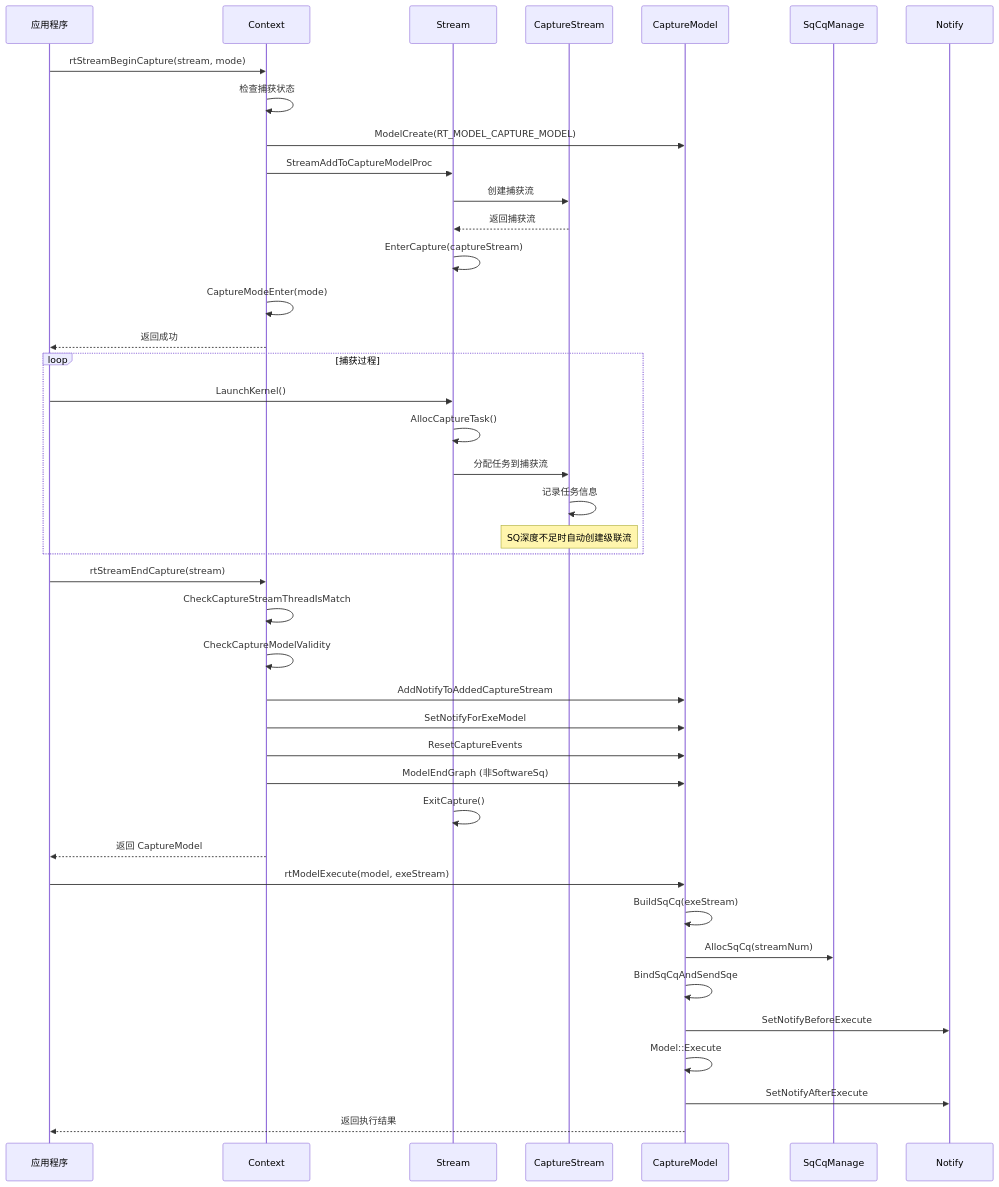
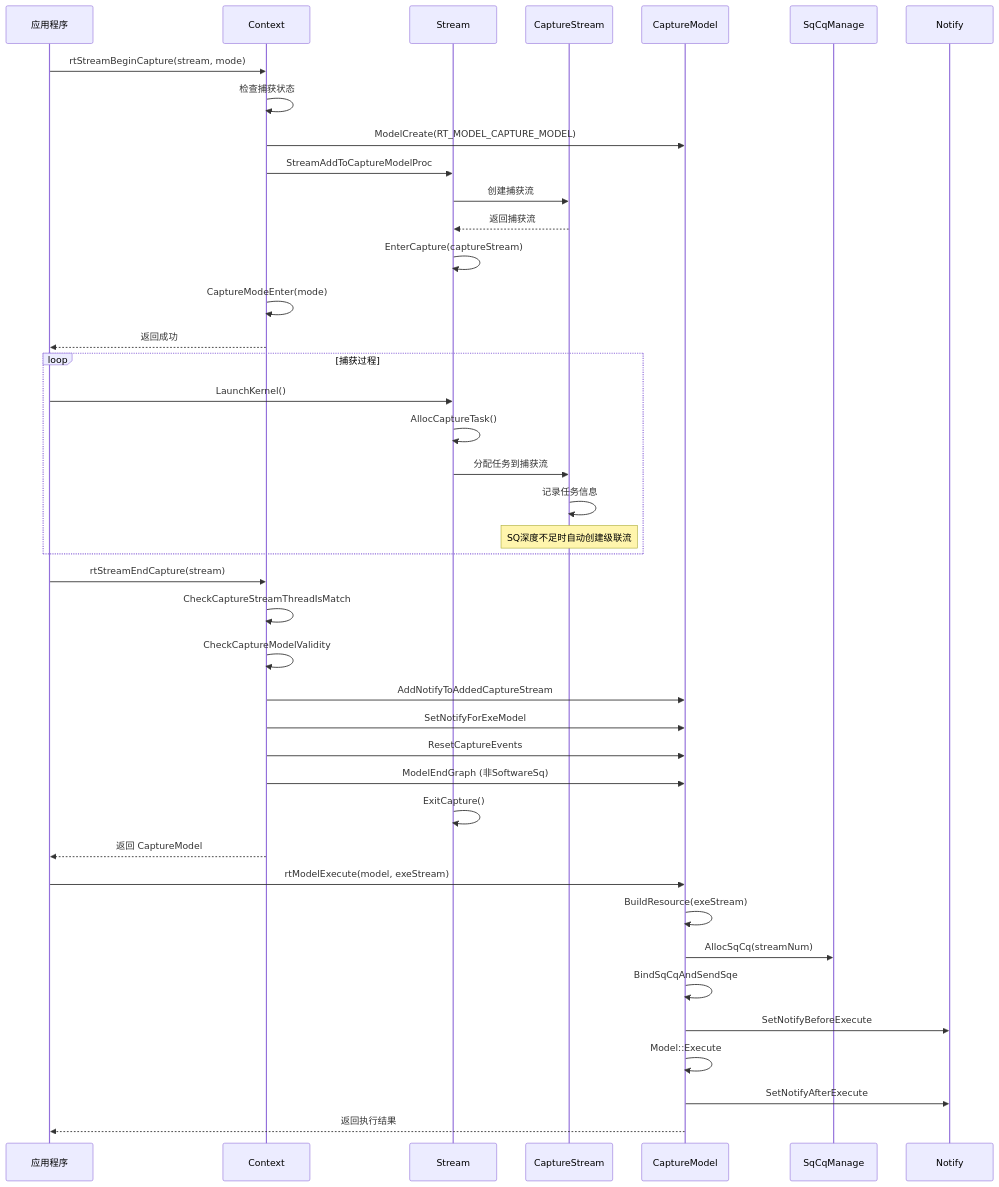
One commit to 18liumin/runtime changed the second of 9 diagrams in docs/design/features/aclgraph.md. Above: the diagram before and after it, drawn with Mermaid. The commit also changed other lines of this file and 66 other files, not shown here.

````diff
--- a/docs/design/features/aclgraph.md
+++ b/docs/design/features/aclgraph.md
@@ -189,47 +189,47 @@
 ```mermaid
 sequenceDiagram
     participant App as 应用程序
     participant Context as Context
     participant Stream as Stream
     participant CaptureStream as CaptureStream
     participant CaptureModel as CaptureModel
     participant SqCq as SqCqManage
     participant Notify as Notify
 
     App->>Context: rtStreamBeginCapture(stream, mode)
     Context->>Context: 检查捕获状态
     Context->>CaptureModel: ModelCreate(RT_MODEL_CAPTURE_MODEL)
     Context->>Stream: StreamAddToCaptureModelProc
     Stream->>CaptureStream: 创建捕获流
     CaptureStream-->>Stream: 返回捕获流
     Stream->>Stream: EnterCapture(captureStream)
     Context->>Context: CaptureModeEnter(mode)
     Context-->>App: 返回成功
 
     loop 捕获过程
         App->>Stream: LaunchKernel()
         Stream->>Stream: AllocCaptureTask()
         Stream->>CaptureStream: 分配任务到捕获流
         CaptureStream->>CaptureStream: 记录任务信息
         Note over CaptureStream: SQ深度不足时自动创建级联流
     end
 
     App->>Context: rtStreamEndCapture(stream)
     Context->>Context: CheckCaptureStreamThreadIsMatch
     Context->>Context: CheckCaptureModelValidity
     Context->>CaptureModel: AddNotifyToAddedCaptureStream
     Context->>CaptureModel: SetNotifyForExeModel
     Context->>CaptureModel: ResetCaptureEvents
     Context->>CaptureModel: ModelEndGraph (非SoftwareSq)
     Stream->>Stream: ExitCapture()
     Context-->>App: 返回 CaptureModel
 
     App->>CaptureModel: rtModelExecute(model, exeStream)
-    CaptureModel->>CaptureModel: BuildSqCq(exeStream)
+    CaptureModel->>CaptureModel: BuildResource(exeStream)
     CaptureModel->>SqCq: AllocSqCq(streamNum)
     CaptureModel->>CaptureModel: BindSqCqAndSendSqe
     CaptureModel->>Notify: SetNotifyBeforeExecute
     CaptureModel->>CaptureModel: Model::Execute
     CaptureModel->>Notify: SetNotifyAfterExecute
     CaptureModel-->>App: 返回执行结果
 ```
````
